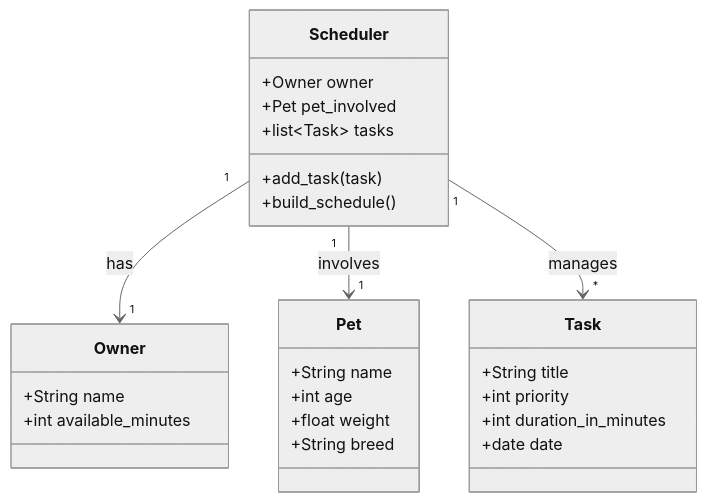
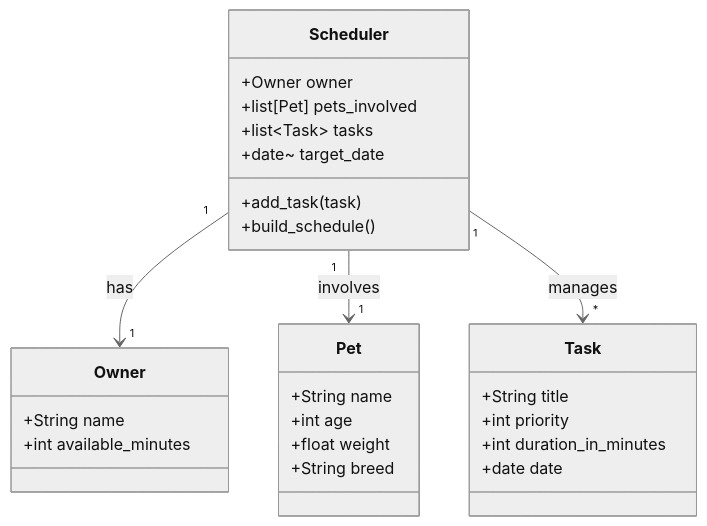
One commit to capyBearista/AI110-pawpal-starter changed the diagram in reflection.md. Above: the diagram before and after it, drawn with Mermaid (neutral theme). The commit also changed other lines of this file and 1 other file, not shown here.

````diff
--- a/reflection.md
+++ b/reflection.md
@@ -29,33 +26,34 @@
 ```mermaid
 classDiagram
     class Owner {
         +String name
         +int available_minutes
     }
 
     class Pet {
         +String name
         +int age
         +float weight
         +String breed
     }
 
     class Task {
         +String title
         +int priority
         +int duration_in_minutes
         +date date
     }
 
     class Scheduler {
         +Owner owner
-        +Pet pet_involved
+        +list[Pet] pets_involved
         +list~Task~ tasks
+        +date~ target_date
         +add_task(task)
         +build_schedule()
     }
 
     Scheduler "1" --> "1" Owner : has
     Scheduler "1" --> "1" Pet : involves
     Scheduler "1" --> "*" Task : manages
 ```
````
